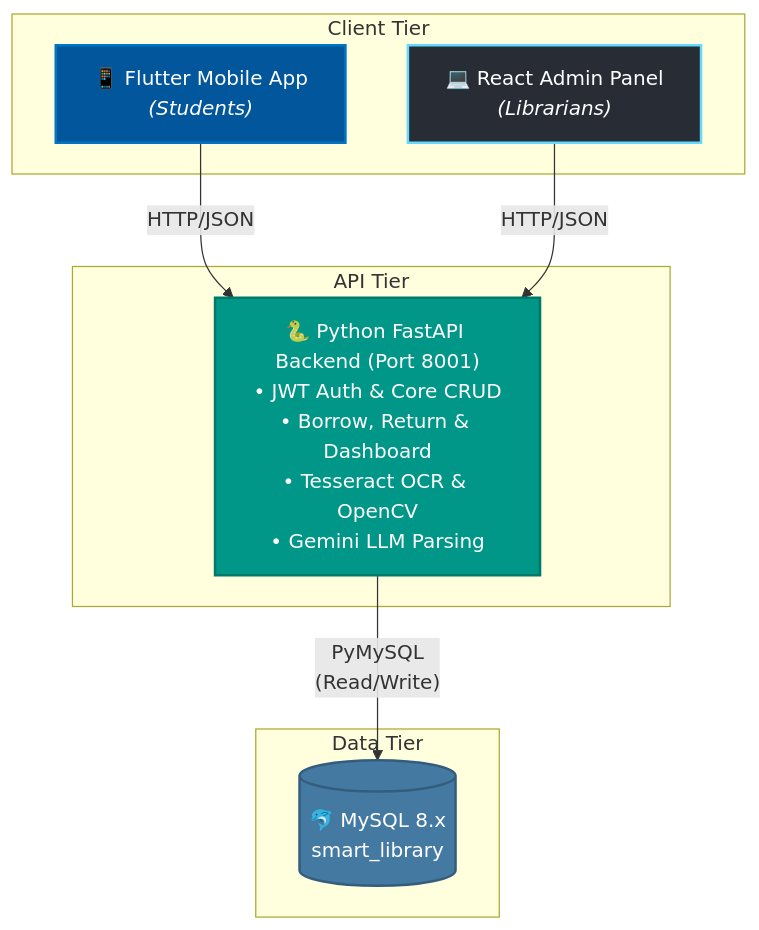
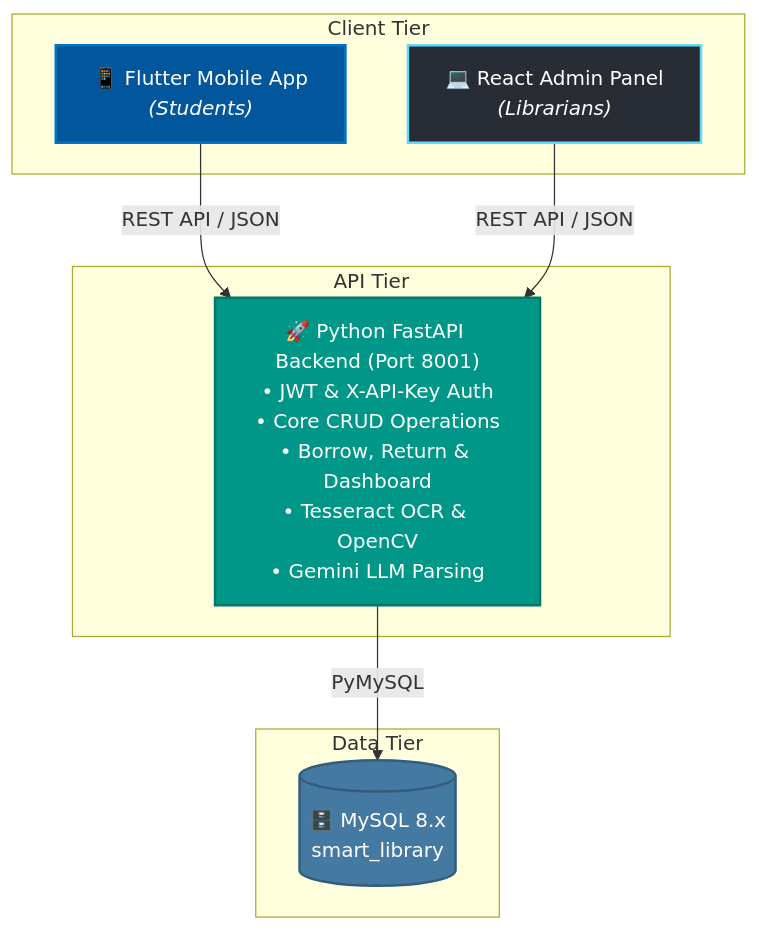
One commit to prasajanravishka/library_system- changed the first of 2 diagrams in README.md. Above: the diagram before and after it, drawn with Mermaid. The commit also changed other lines of this file and 26 other files, not shown here.

Commit message:
feat: implement comprehensive admin panel routing, book detail management, and backend API routes for library operations

````diff
--- a/README.md
+++ b/README.md
@@ -52,32 +52,31 @@
 ```mermaid
 graph TD
     subgraph Client_Tier [Client Tier]
         Flutter["📱 Flutter Mobile App<br/><i>(Students)</i>"]
         React["💻 React Admin Panel<br/><i>(Librarians)</i>"]
     end
 
     subgraph API_Tier [API Tier]
-        Python["🐍 Python FastAPI Backend (Port 8001)<br/>• JWT Auth & Core CRUD<br/>• Borrow, Return & Dashboard<br/>• Tesseract OCR & OpenCV<br/>• Gemini LLM Parsing"]
+        Python["🚀 Python FastAPI Backend (Port 8001)<br/>• JWT & X-API-Key Auth<br/>• Core CRUD Operations<br/>• Borrow, Return & Dashboard<br/>• Tesseract OCR & OpenCV<br/>• Gemini LLM Parsing"]
     end
 
     subgraph Data_Tier [Data Tier]
-        MySQL[(🐬 MySQL 8.x<br/>smart_library)]
+        MySQL[(🗄️ MySQL 8.x<br/>smart_library)]
     end
 
     %% Connections
-    Flutter -- "HTTP/JSON" --> Python
-    React -- "HTTP/JSON" --> Python
-    
-    Python -- "PyMySQL<br/>(Read/Write)" --> MySQL
+    Flutter -- "REST API / JSON" --> Python
+    React -- "REST API / JSON" --> Python
+    Python -- "PyMySQL" --> MySQL
 
     %% Styling
     classDef flutter fill:#02569B,stroke:#0175C2,stroke-width:2px,color:#fff;
     classDef react fill:#282C34,stroke:#61DAFB,stroke-width:2px,color:#fff;
     classDef python fill:#009688,stroke:#00796B,stroke-width:2px,color:#fff;
     classDef db fill:#4479A1,stroke:#345D7D,stroke-width:2px,color:#fff;
     
     class Flutter flutter;
     class React react;
     class Python python;
     class MySQL db;
 ```
````
